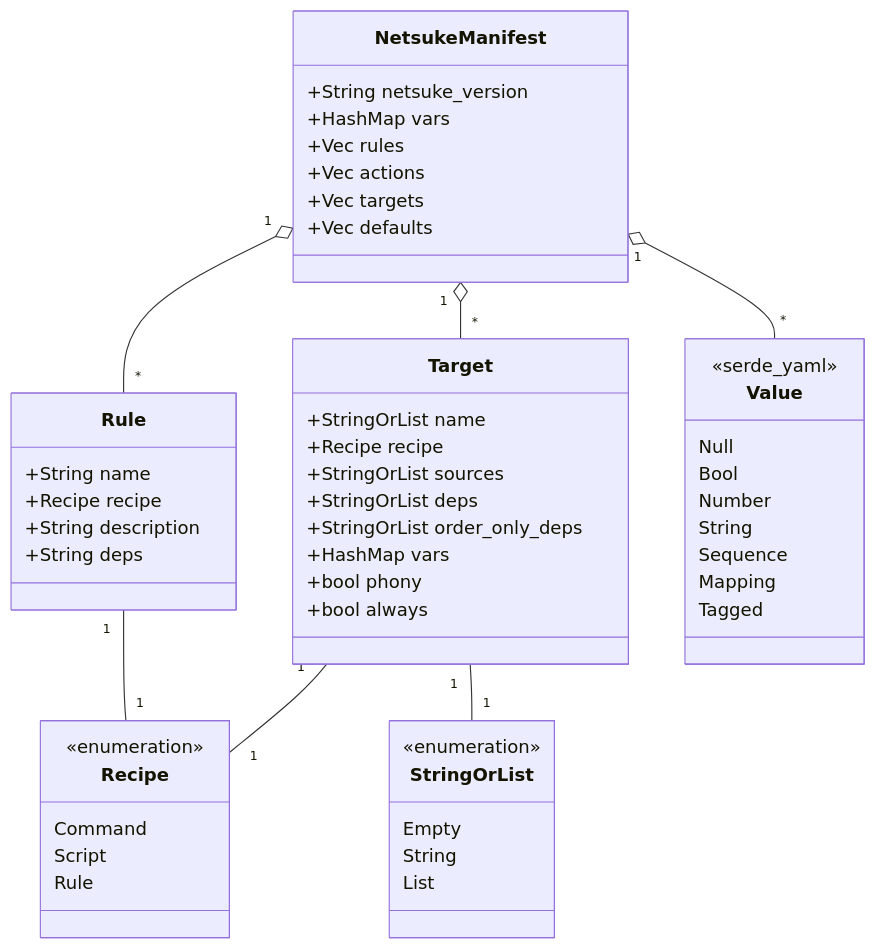
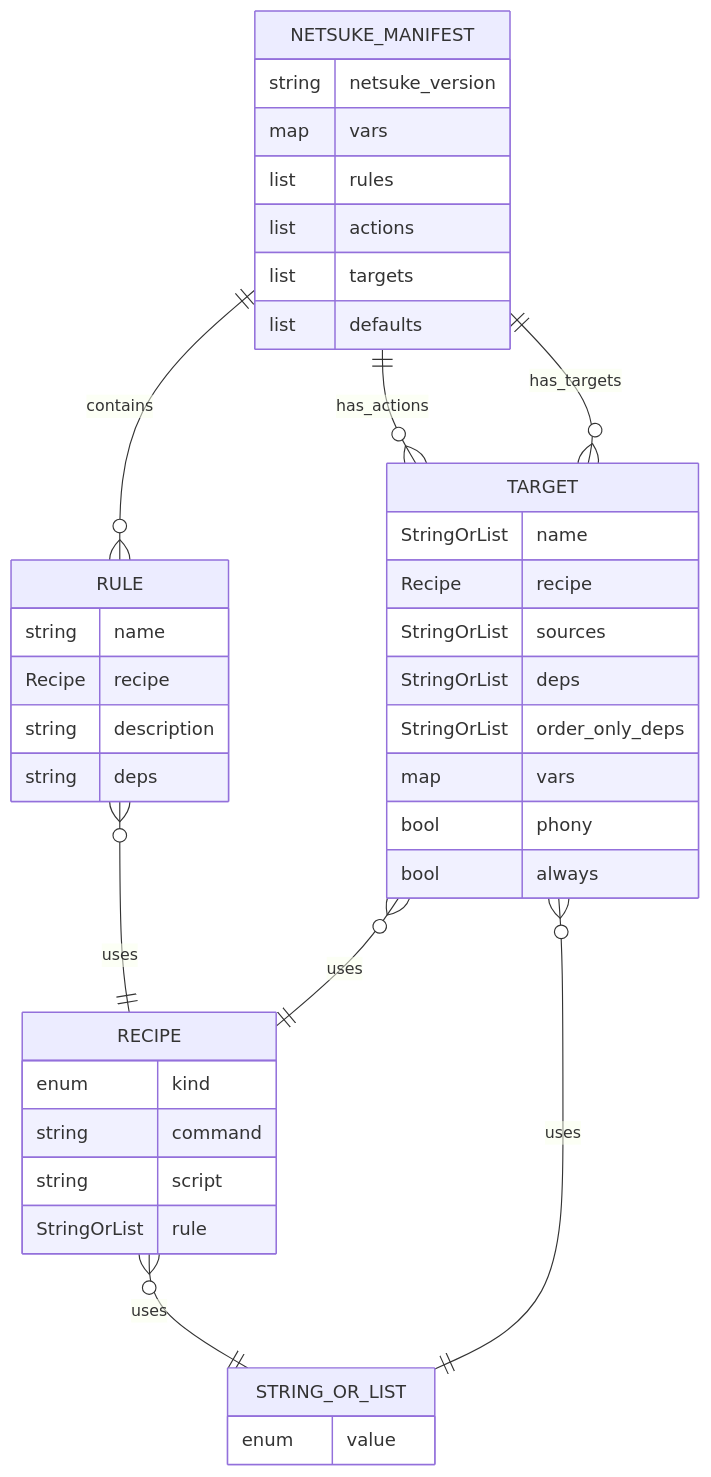
The second of 2 diagrams in docs/netsuke-design.md (leynos/netsuke), drawn with Mermaid before and after one commit. The commit also changed other lines of this file, not shown here.

Commit message:
Update manifest diagram

````diff
--- a/docs/netsuke-design.md
+++ b/docs/netsuke-design.md
@@ -190,55 +190,43 @@
 ```mermaid
-classDiagram
-    class NetsukeManifest {
-        +String netsuke_version
-        +HashMap vars
-        +Vec rules
-        +Vec actions
-        +Vec targets
-        +Vec defaults
+erDiagram
+    NETSUKE_MANIFEST {
+        string netsuke_version
+        map vars
+        list rules
+        list actions
+        list targets
+        list defaults
     }
-    class Target {
-        +StringOrList name
-        +Recipe recipe
-        +StringOrList sources
-        +StringOrList deps
-        +StringOrList order_only_deps
-        +HashMap vars
-        +bool phony
-        +bool always
+    RULE {
+        string name
+        Recipe recipe
+        string description
+        string deps
     }
-    class Rule {
-        +String name
-        +Recipe recipe
-        +String description
-        +String deps
+    TARGET {
+        StringOrList name
+        Recipe recipe
+        StringOrList sources
+        StringOrList deps
+        StringOrList order_only_deps
+        map vars
+        bool phony
+        bool always
     }
-    class Recipe {
-        <<enumeration>>
-        Command
-        Script
-        Rule
+    RECIPE {
+        enum kind
+        string command
+        string script
+        StringOrList rule
     }
-    class StringOrList {
-        <<enumeration>>
-        Empty
-        String
-        List
+    STRING_OR_LIST {
+        enum value
     }
-    class Value {
-        <<serde_yaml>>
-        Null
-        Bool
-        Number
-        String
-        Sequence
-        Mapping
-        Tagged
-    }
-    NetsukeManifest "1" o-- "*" Target
-    NetsukeManifest "1" o-- "*" Rule
-    NetsukeManifest "1" o-- "*" Value
-    Target "1" -- "1" Recipe
-    Target "1" -- "1" StringOrList
-    Rule "1" -- "1" Recipe
+    NETSUKE_MANIFEST ||--o{ RULE : contains
+    NETSUKE_MANIFEST ||--o{ TARGET : has_actions
+    NETSUKE_MANIFEST ||--o{ TARGET : has_targets
+    RULE }o--|| RECIPE : uses
+    TARGET }o--|| RECIPE : uses
+    TARGET }o--|| STRING_OR_LIST : uses
+    RECIPE }o--|| STRING_OR_LIST : uses
 ```
````
